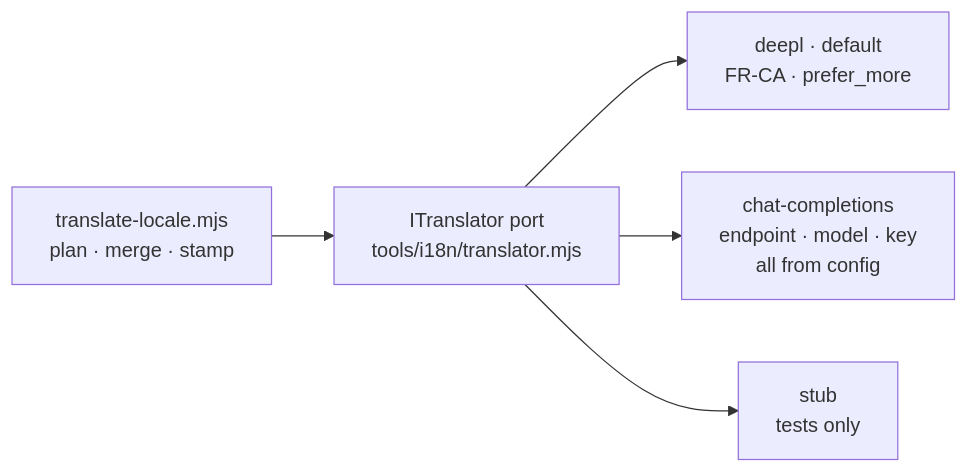
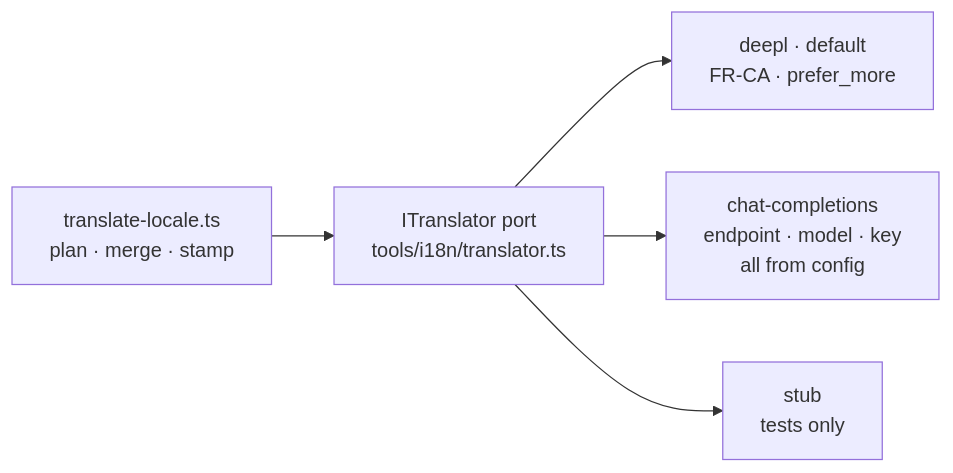
The diagram in .spec/decisions/ADR-0022-translation-provider-is-configuration.md (HPAC-Safety/safety-report), drawn with Mermaid before and after one commit. The commit also changed other lines of this file and 447 other files, not shown here.

````diff
--- a/.spec/decisions/ADR-0022-translation-provider-is-configuration.md
+++ b/.spec/decisions/ADR-0022-translation-provider-is-configuration.md
@@ -62,7 +62,7 @@
 ```mermaid
 flowchart LR
-    cli["translate-locale.mjs<br/>plan · merge · stamp"] --> port["ITranslator port<br/>tools/i18n/translator.mjs"]
+    cli["translate-locale.ts<br/>plan · merge · stamp"] --> port["ITranslator port<br/>tools/i18n/translator.ts"]
     port --> dl["deepl · default<br/>FR-CA · prefer_more"]
     port --> cc["chat-completions<br/>endpoint · model · key<br/>all from config"]
     port --> stub["stub<br/>tests only"]
 ```
````
